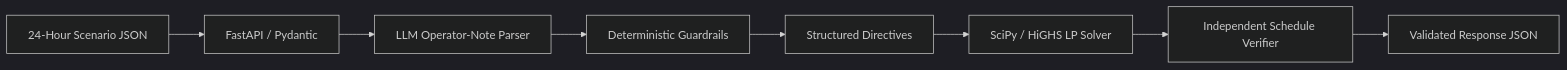
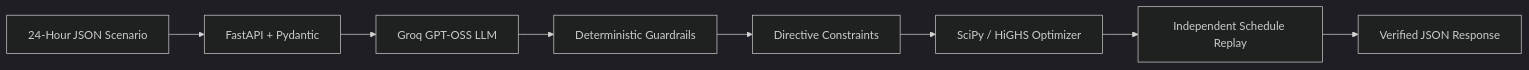
The diagram in README.md (SadikRahman14/GridWiseBaseProject), drawn with Mermaid (dark theme) before and after one commit. The commit also changed other lines of this file, not shown here.

````diff
--- a/README.md
+++ b/README.md
@@ -97,10 +176,10 @@
 ```mermaid
 flowchart LR
-    A[24-Hour Scenario JSON] --> B[FastAPI / Pydantic]
-    B --> C[LLM Operator-Note Parser]
+    A[24-Hour JSON Scenario] --> B[FastAPI + Pydantic]
+    B --> C[Groq GPT-OSS LLM]
     C --> D[Deterministic Guardrails]
-    D --> E[Structured Directives]
-    E --> F[SciPy / HiGHS LP Solver]
-    F --> G[Independent Schedule Verifier]
-    G --> H[Validated Response JSON]
+    D --> E[Directive Constraints]
+    E --> F[SciPy / HiGHS Optimizer]
+    F --> G[Independent Schedule Replay]
+    G --> H[Verified JSON Response]
 ```
````
